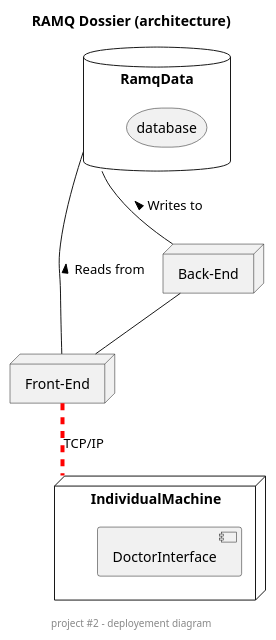
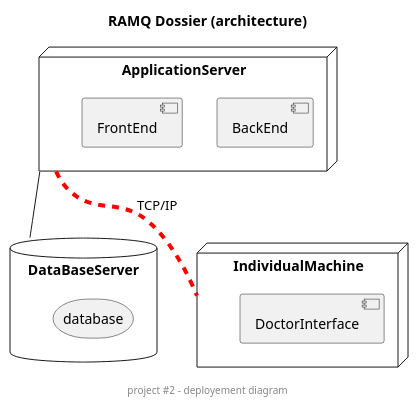
Before and after one commit to AmineSdi/PROJET_JAVAFX: the diagram in Models/plantuml/deployement.puml, drawn with PlantUML. The commit also changed 1 other file, not shown here.

```diff
--- a/Models/plantuml/deployement.puml
+++ b/Models/plantuml/deployement.puml
@@ -1,25 +1,23 @@
 @startuml
 'DOCUMENTATION
 'PLANTUML : https://plantuml.com/fr/deployment-diagram
 'WHAT'S A DEPLOYEMENT DIAGRAM : https://www.lucidchart.com/pages/fr/diagramme-de-deploiement-uml
 title RAMQ Dossier (architecture)
 center footer project #2 - deployement diagram
-database RamqData as RD{
+
+database DataBaseServer as DB{
     storage database
 }
-node Back-End as BE {
-}
 
-node Front-End as FE {
+node ApplicationServer as AS{
+    component BackEnd
+    component FrontEnd
 }
 
 node IndividualMachine as IM{
     component DoctorInterface
 }
-FE -- RD : Reads from >
-BE -- FE
-RD -- BE : Writes to <
-FE -[#red,dashed,thickness=4]- IM : TCP/IP
-
+AS -[#red,dashed,thickness=4]- IM : TCP/IP
+AS -- DB
 
 @enduml
```
